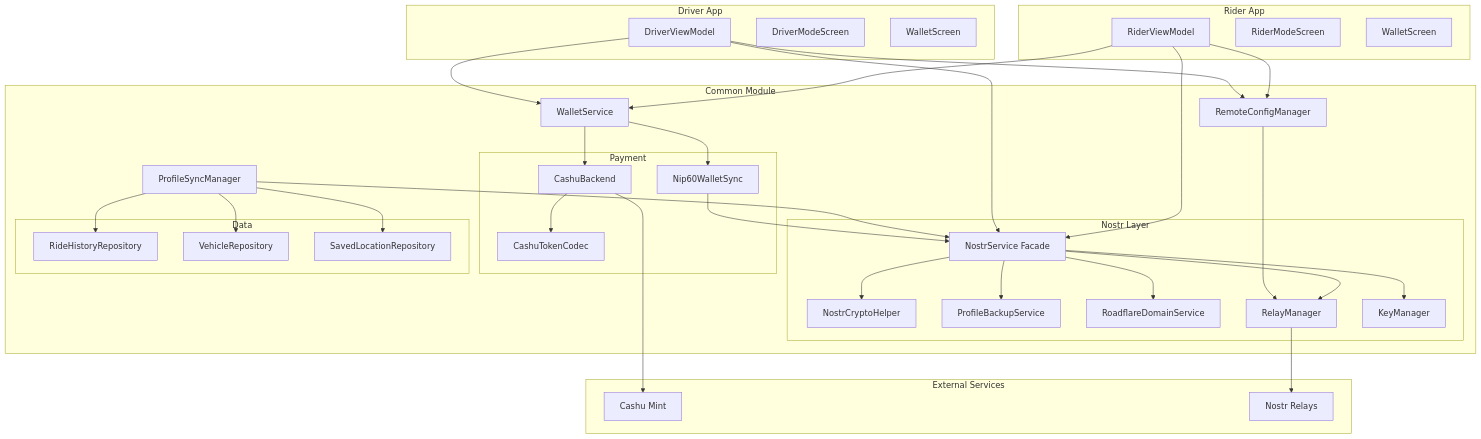
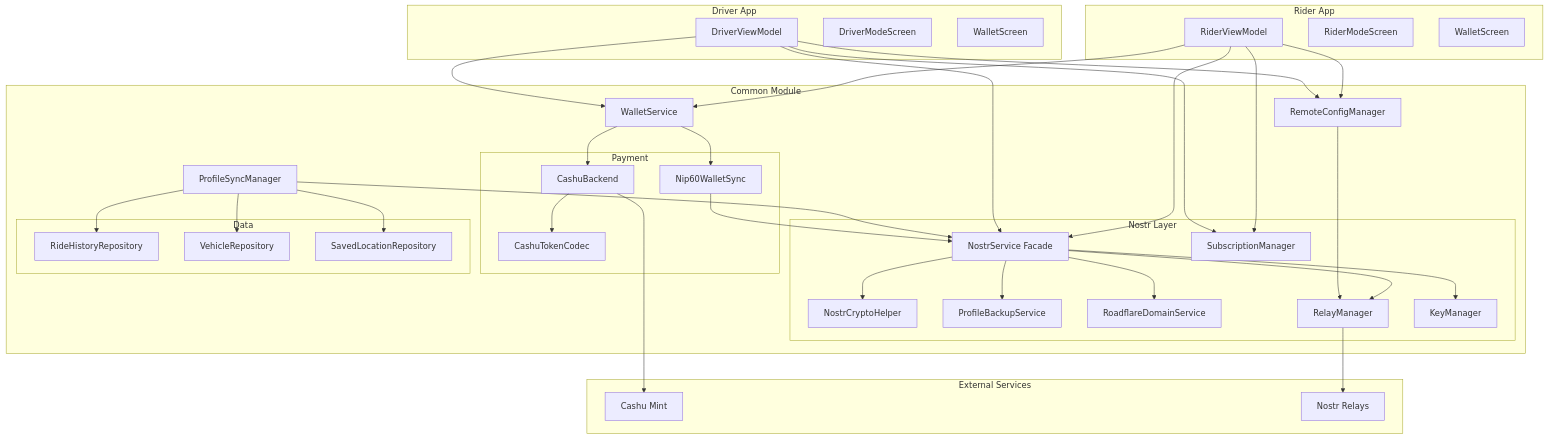
One commit to variablefate/ridestr changed the first of 15 diagrams in docs/CONNECTIONS.md. Above: the diagram before and after it, drawn with Mermaid. The commit also changed other lines of this file and 3 other files, not shown here.

First line of the commit message:
Update docs for Phase 4 SubscriptionManager and DELETION fix

````diff
--- a/docs/CONNECTIONS.md
+++ b/docs/CONNECTIONS.md
@@ -24,73 +31,76 @@
 ```mermaid
 graph TB
     subgraph "Rider App"
         RVM[RiderViewModel]
         RMS[RiderModeScreen]
         RWS[WalletScreen]
     end
 
     subgraph "Driver App"
         DVM[DriverViewModel]
         DMS[DriverModeScreen]
         DWS[WalletScreen]
     end
 
     subgraph "Common Module"
         subgraph "Nostr Layer"
             NS[NostrService Facade]
+            SM[SubscriptionManager]
             NCH[NostrCryptoHelper]
             PBS[ProfileBackupService]
             RDS[RoadflareDomainService]
             RM[RelayManager]
             KM[KeyManager]
         end
 
         WS[WalletService]
         PSM[ProfileSyncManager]
         RCM[RemoteConfigManager]
 
         subgraph "Payment"
             CB[CashuBackend]
             CTC[CashuTokenCodec]
             N60[Nip60WalletSync]
         end
 
         subgraph "Data"
             RHR[RideHistoryRepository]
             VR[VehicleRepository]
             SLR[SavedLocationRepository]
         end
     end
 
     subgraph "External Services"
         MINT[Cashu Mint]
         RELAYS[Nostr Relays]
     end
 
     RVM --> NS
+    RVM --> SM
     RVM --> WS
     DVM --> NS
+    DVM --> SM
     DVM --> WS
 
     NS --> NCH
     NS --> PBS
     NS --> RDS
     NS --> RM
     NS --> KM
     RM --> RELAYS
 
     WS --> CB
     WS --> N60
     CB --> CTC
     CB --> MINT
     N60 --> NS
 
     PSM --> NS
     PSM --> RHR
     PSM --> VR
     PSM --> SLR
 
     RCM --> RM
     RVM --> RCM
     DVM --> RCM
 ```
````
